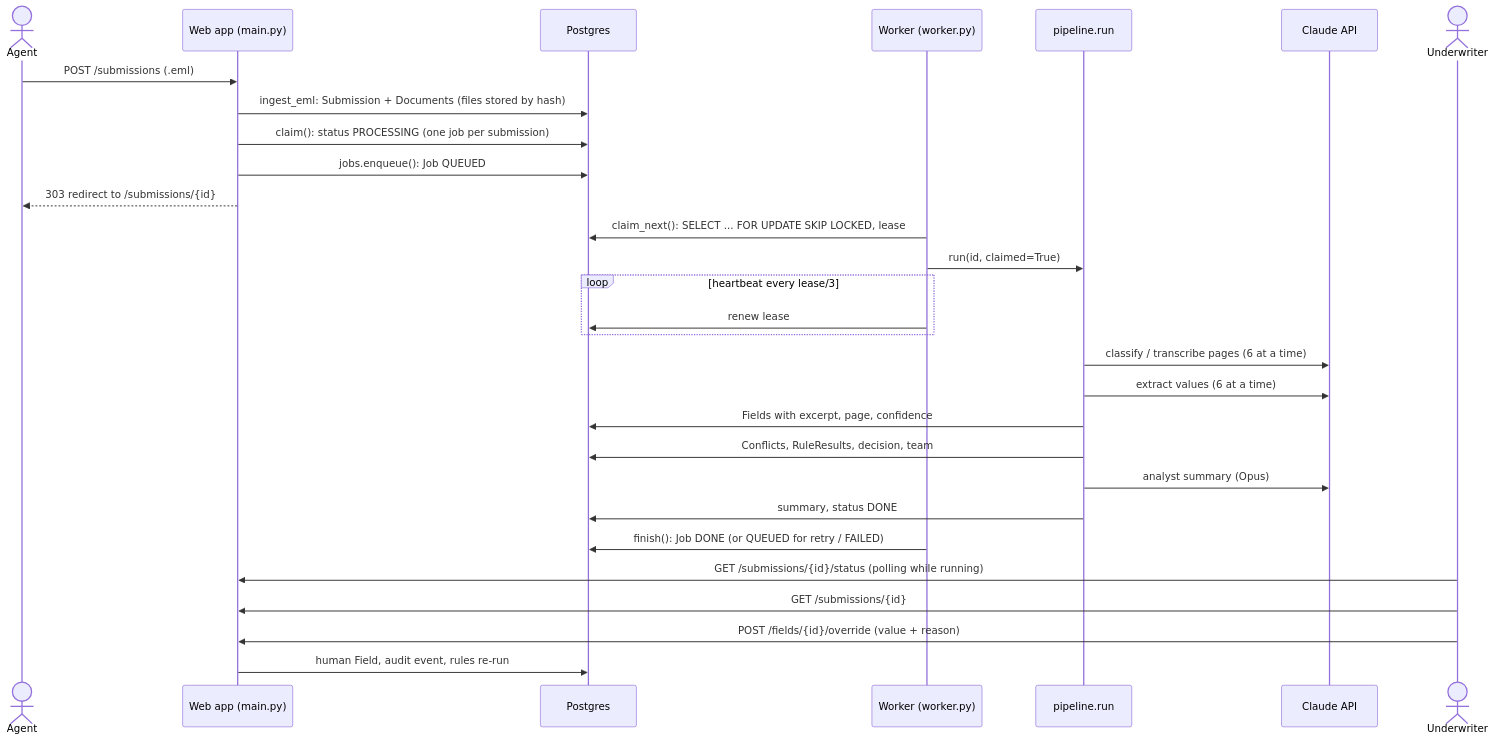
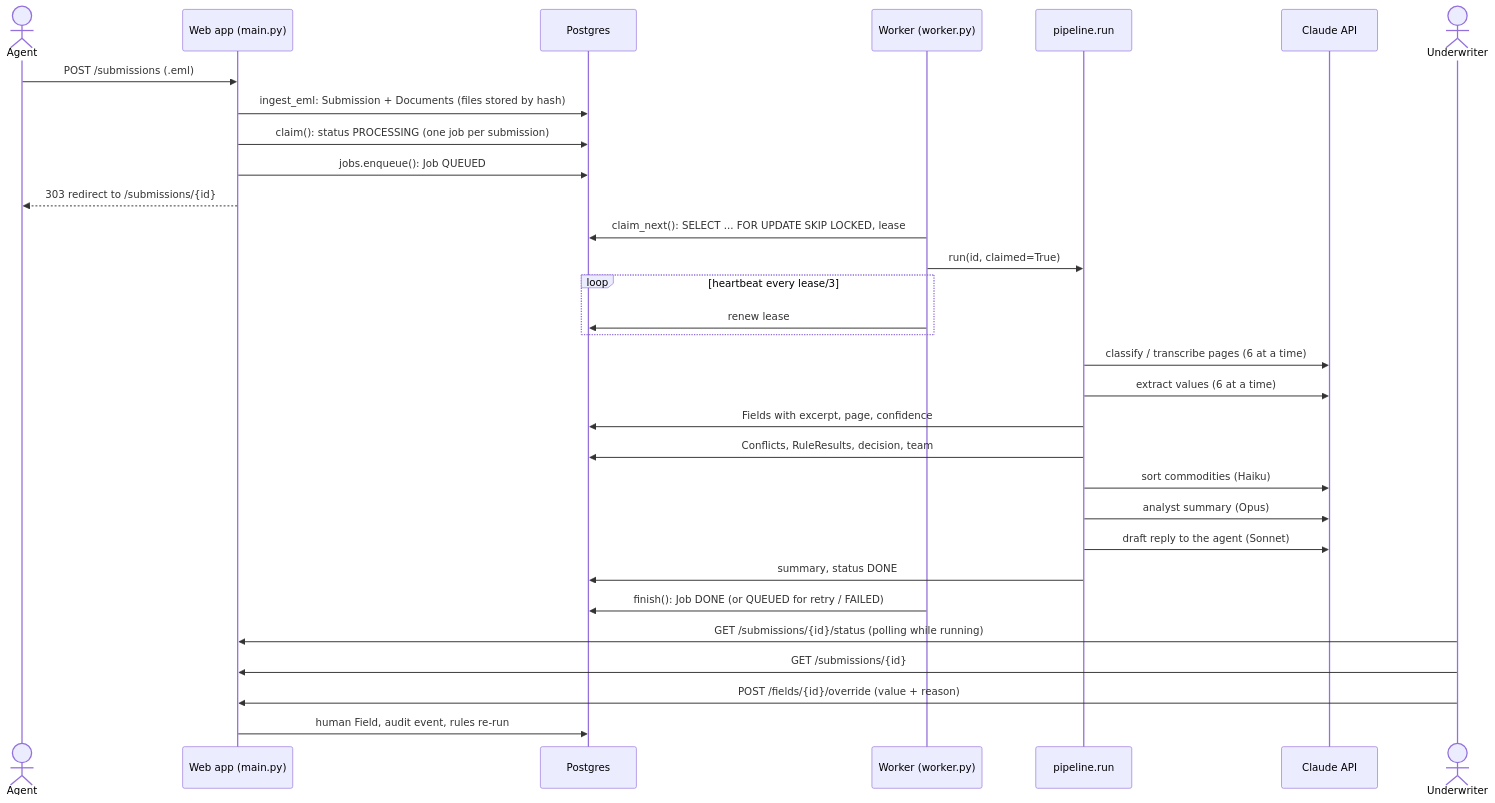
Before and after one commit to shreevershith/knight-insurance-take-home-2: the fourth of 7 diagrams in docs/ARCHITECTURE.md, drawn with Mermaid. The commit also changed other lines of this file and 5 other files, not shown here.

Commit message:
Docs for D-48 and D-49: draft reply, commodity sorting, eval results before and after, 97 tests

````diff
--- a/docs/ARCHITECTURE.md
+++ b/docs/ARCHITECTURE.md
@@ -125,32 +130,34 @@
 ```mermaid
 sequenceDiagram
     actor Agent
     participant Web as Web app (main.py)
     participant DB as Postgres
     participant Worker as Worker (worker.py)
     participant Pipe as pipeline.run
     participant Claude as Claude API
     actor UW as Underwriter
 
     Agent->>Web: POST /submissions (.eml)
     Web->>DB: ingest_eml: Submission + Documents (files stored by hash)
     Web->>DB: claim(): status PROCESSING (one job per submission)
     Web->>DB: jobs.enqueue(): Job QUEUED
     Web-->>Agent: 303 redirect to /submissions/{id}
     Worker->>DB: claim_next(): SELECT ... FOR UPDATE SKIP LOCKED, lease
     Worker->>Pipe: run(id, claimed=True)
     loop heartbeat every lease/3
         Worker->>DB: renew lease
     end
     Pipe->>Claude: classify / transcribe pages (6 at a time)
     Pipe->>Claude: extract values (6 at a time)
     Pipe->>DB: Fields with excerpt, page, confidence
     Pipe->>DB: Conflicts, RuleResults, decision, team
+    Pipe->>Claude: sort commodities (Haiku)
     Pipe->>Claude: analyst summary (Opus)
+    Pipe->>Claude: draft reply to the agent (Sonnet)
     Pipe->>DB: summary, status DONE
     Worker->>DB: finish(): Job DONE (or QUEUED for retry / FAILED)
     UW->>Web: GET /submissions/{id}/status (polling while running)
     UW->>Web: GET /submissions/{id}
     UW->>Web: POST /fields/{id}/override (value + reason)
     Web->>DB: human Field, audit event, rules re-run
 ```
````
